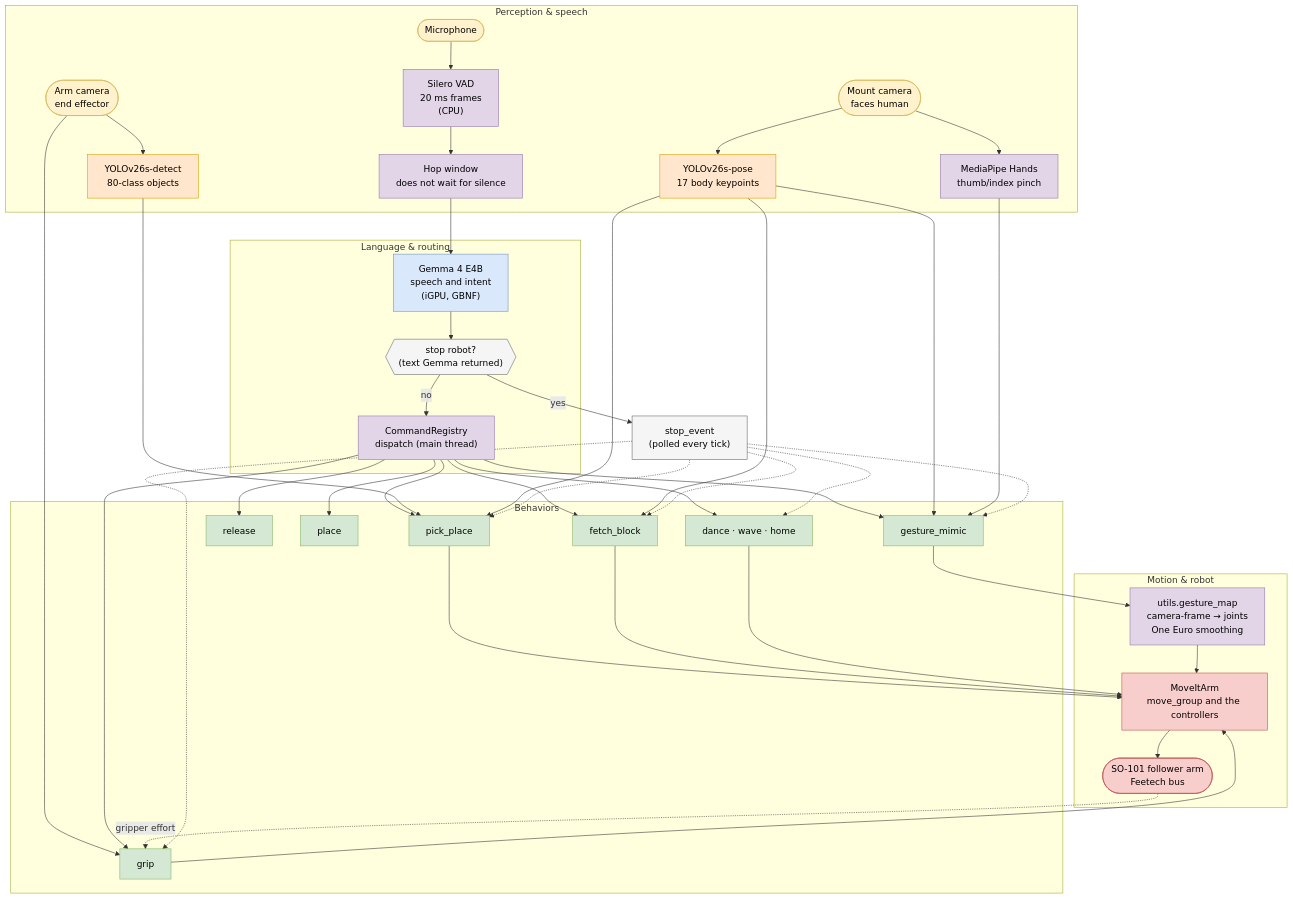
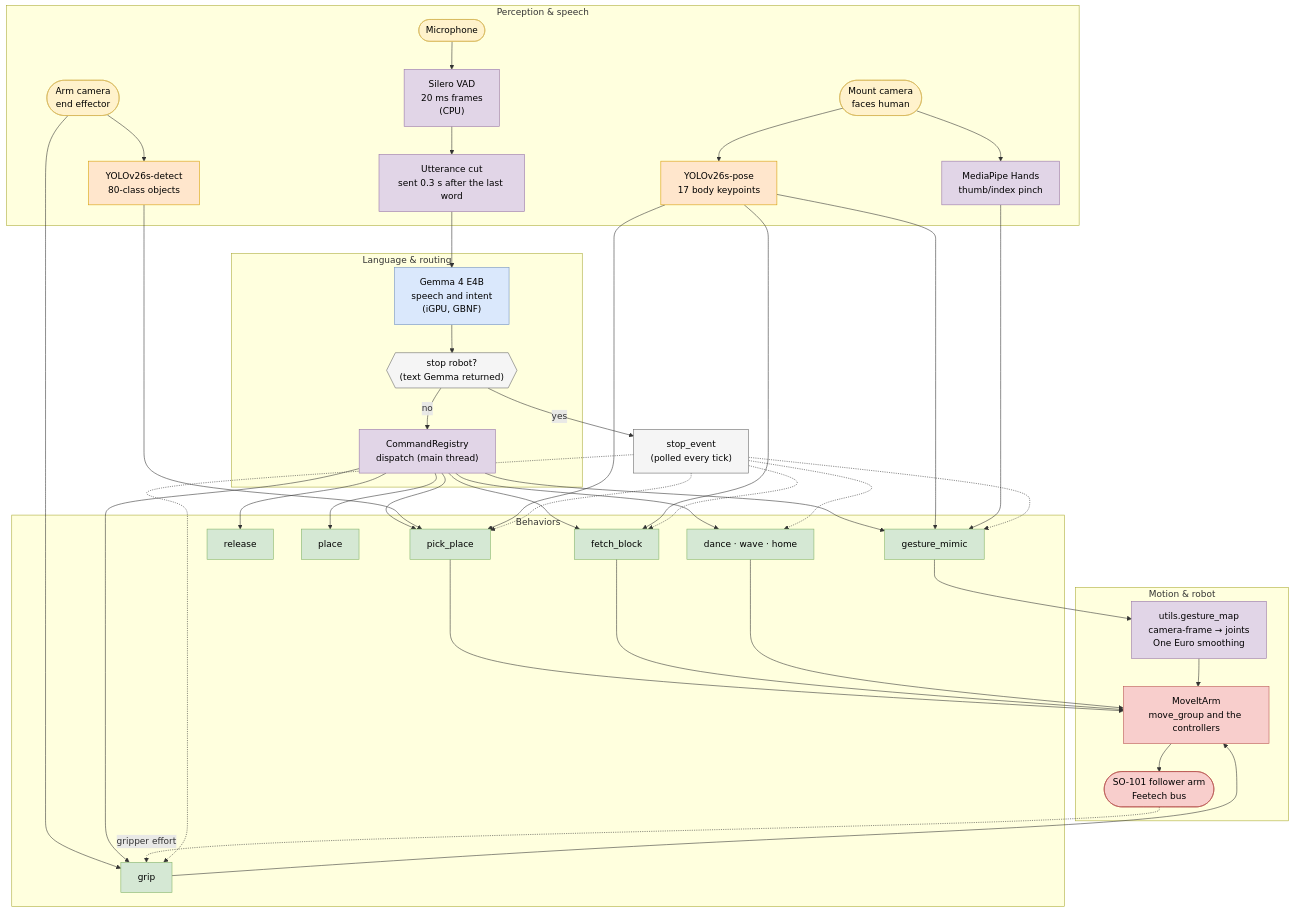
Before and after one commit to ThomasGmeinder/embedded-x86-ai: the first of 3 diagrams in workshops/vvla-pipeline/README.md, drawn with Mermaid. The commit also changed other lines of this file and 3 other files, not shown here.

````diff
--- a/workshops/vvla-pipeline/README.md
+++ b/workshops/vvla-pipeline/README.md
@@ -12,73 +12,73 @@
 ```mermaid
 flowchart TB
     subgraph SENSE["Perception &amp; speech"]
         MIC([Microphone]):::io
         MOUNTCAM([Mount camera<br/>faces human]):::io
         ARMCAM([Arm camera<br/>end effector]):::io
 
         SILERO["Silero VAD<br/>20 ms frames<br/>(CPU)"]:::cpu
-        HOP["Hop window<br/>does not wait for silence"]:::cpu
+        HOP["Utterance cut<br/>sent 0.3 s after the last word"]:::cpu
         POSE["YOLOv26s-pose<br/>17 body keypoints"]:::npu
         DETECT["YOLOv26s-detect<br/>80-class objects"]:::npu
         HANDS["MediaPipe Hands<br/>thumb/index pinch"]:::cpu
     end
 
     subgraph THINK["Language &amp; routing"]
         GEMMA["Gemma 4 E4B<br/>speech and intent<br/>(iGPU, GBNF)"]:::gpu
         STOPCHK{{"stop robot?<br/>(text Gemma returned)"}}:::gate
         REG["CommandRegistry<br/>dispatch (main thread)"]:::cpu
     end
 
     subgraph ACT["Behaviors"]
         MIMIC["gesture_mimic"]:::beh
         PICK["pick_place"]:::beh
         FETCH["fetch_block"]:::beh
         GRIP["grip"]:::beh
         RELEASE["release"]:::beh
         PLACE["place"]:::beh
         OTHER["dance · wave · home"]:::beh
     end
 
     subgraph MOVE["Motion &amp; robot"]
         RETARGET["utils.gesture_map<br/>camera-frame → joints<br/>One Euro smoothing"]:::cpu
         MOVEIT["MoveItArm<br/>move_group and the controllers"]:::robot
         ARM([SO-101 follower arm<br/>Feetech bus]):::robot
     end
 
     STOPEVENT["stop_event<br/>(polled every tick)"]:::gate
 
     MIC --> SILERO --> HOP --> GEMMA --> STOPCHK
     STOPCHK -- "no" --> REG
     STOPCHK -- "yes" --> STOPEVENT
 
     MOUNTCAM --> POSE
     MOUNTCAM --> HANDS
     ARMCAM --> DETECT
     ARMCAM --> GRIP
 
     REG --> MIMIC & PICK & FETCH & GRIP & RELEASE & PLACE & OTHER
 
     POSE --> MIMIC
     HANDS --> MIMIC
     DETECT --> PICK
     POSE --> PICK
     POSE --> FETCH
 
     MIMIC --> RETARGET --> MOVEIT
     PICK --> MOVEIT
     FETCH --> MOVEIT
     GRIP --> MOVEIT
     OTHER --> MOVEIT
     MOVEIT --> ARM
     ARM -. "gripper effort" .-> GRIP
 
     STOPEVENT -.-> MIMIC & PICK & FETCH & GRIP & OTHER
 
     classDef npu fill:#ffe6cc,stroke:#d79b00,color:#000;
     classDef gpu fill:#dae8fc,stroke:#6c8ebf,color:#000;
     classDef cpu fill:#e1d5e7,stroke:#9673a6,color:#000;
     classDef beh fill:#d5e8d4,stroke:#82b366,color:#000;
     classDef robot fill:#f8cecc,stroke:#b85450,color:#000;
     classDef io fill:#fff2cc,stroke:#d6b656,color:#000;
     classDef gate fill:#f5f5f5,stroke:#666,color:#000;
 ```
````
